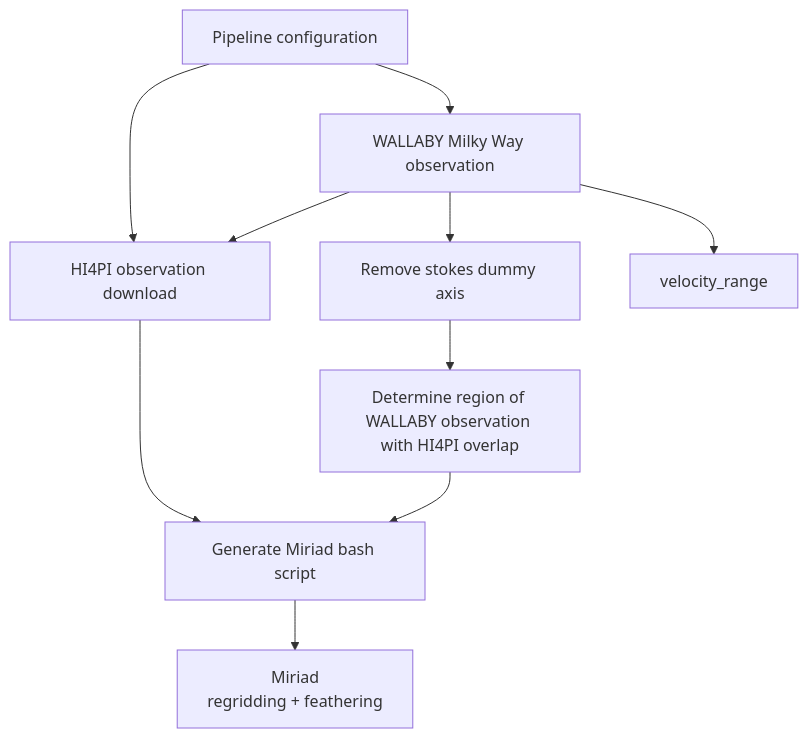
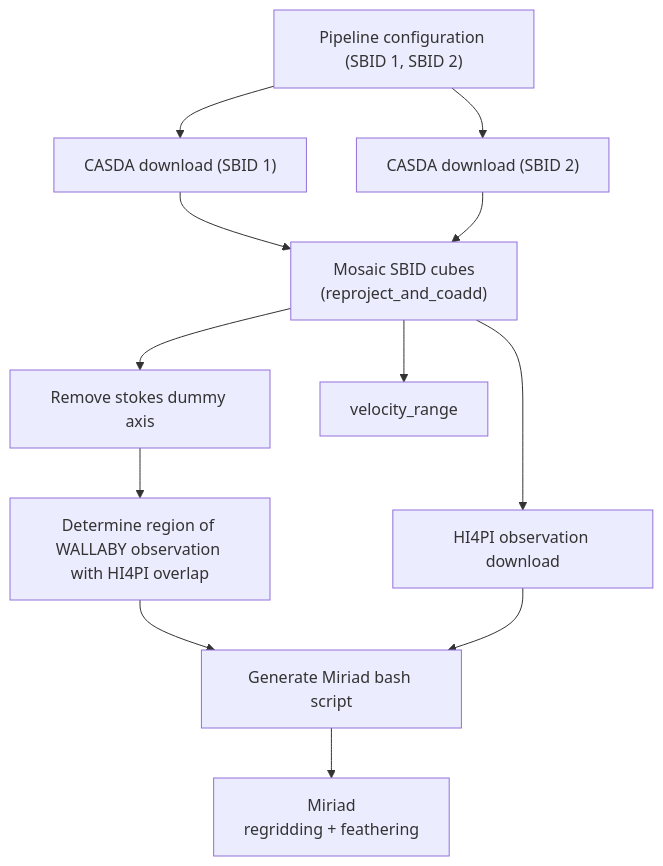
The first of 2 diagrams in README.md (AusSRC/wallaby_mw), drawn with Mermaid before and after one commit. The commit also changed other lines of this file and 11 other files, not shown here.

````diff
--- a/README.md
+++ b/README.md
@@ -20,22 +20,27 @@
 ```mermaid
 
 flowchart TD
-    config["Pipeline configuration"]
-    wallaby["WALLABY Milky Way observation"]
+    config["Pipeline configuration (SBID 1, SBID 2)"]
+    casda1["CASDA download (SBID 1)"]
+    casda2["CASDA download (SBID 2)"]
+    mosaic["Mosaic SBID cubes
+     (reproject_and_coadd)"]
     hi4pi["HI4PI observation download"]
     subfits["Remove stokes dummy axis"]
     region["Determine region of WALLABY observation with HI4PI overlap"]
     miriad_script["Generate Miriad bash script"]
     miriad["Miriad
      regridding + feathering"]
 
-    config --> hi4pi
-    config --> wallaby
-    wallaby --> hi4pi
-    wallaby --> subfits
+    config --> casda1
+    config --> casda2
+    casda1 --> mosaic
+    casda2 --> mosaic
+    mosaic --> hi4pi
+    mosaic --> subfits
     subfits --> region
     region --> miriad_script
     hi4pi --> miriad_script
     miriad_script --> miriad
-    wallaby --> velocity_range
+    mosaic --> velocity_range
 ```
````
